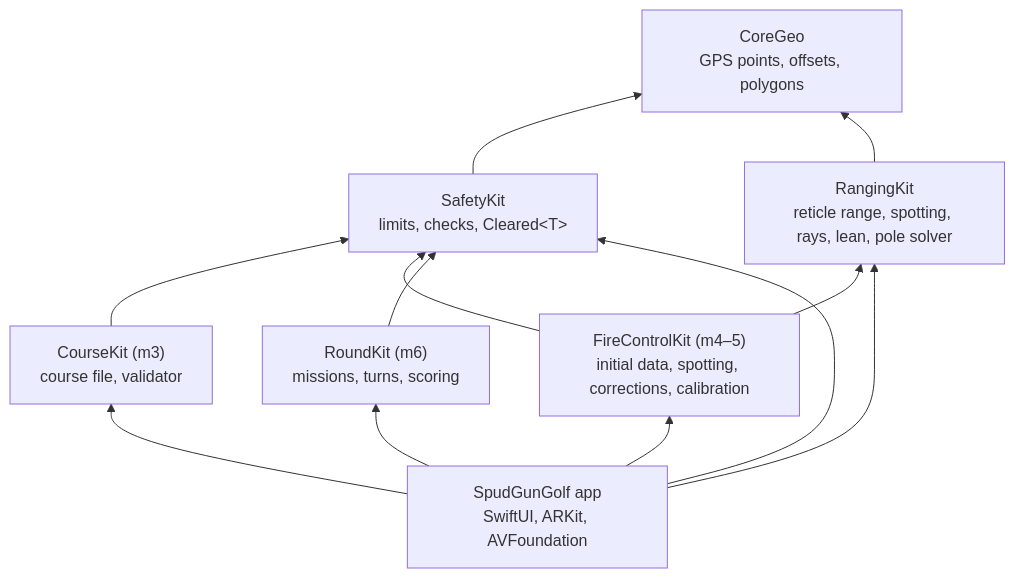
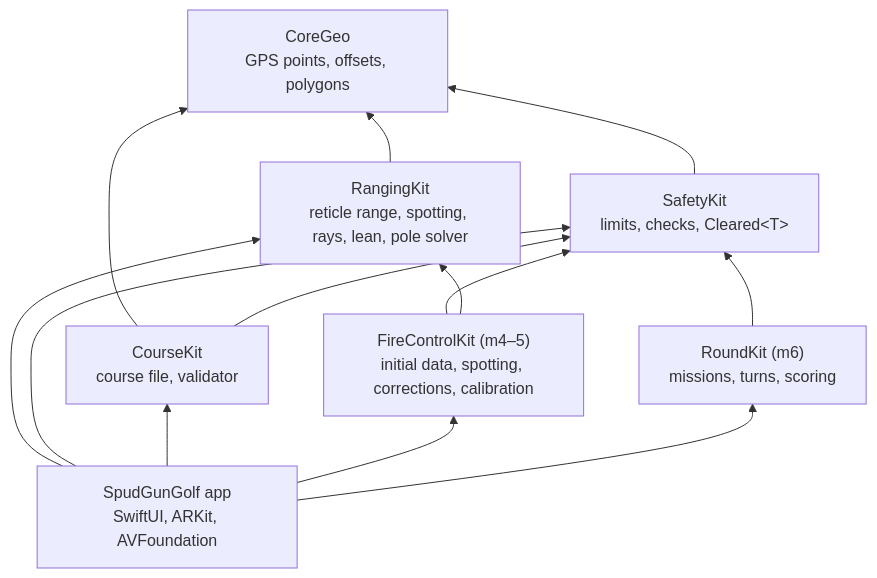
One commit to zacharyelston/BackyardBallistics changed the first of 2 diagrams in docs/ARCHITECTURE.md. Above: the diagram before and after it, drawn with Mermaid. The commit also changed other lines of this file and 17 other files, not shown here.

First line of the commit message:
CourseKit: load and validate course files; Course screen

````diff
--- a/docs/ARCHITECTURE.md
+++ b/docs/ARCHITECTURE.md
@@ -7,21 +7,22 @@
 ```mermaid
 graph BT
   CoreGeo["CoreGeo<br/>GPS points, offsets, polygons"]
   SafetyKit["SafetyKit<br/>limits, checks, Cleared&lt;T&gt;"]
   RangingKit["RangingKit<br/>reticle range, spotting, rays, lean, pole solver"]
-  CourseKit["CourseKit (m3)<br/>course file, validator"]
+  CourseKit["CourseKit<br/>course file, validator"]
   FireControlKit["FireControlKit (m4–5)<br/>initial data, spotting, corrections, calibration"]
   RoundKit["RoundKit (m6)<br/>missions, turns, scoring"]
   App["SpudGunGolf app<br/>SwiftUI, ARKit, AVFoundation"]
   SafetyKit --> CoreGeo
   RangingKit --> CoreGeo
+  CourseKit --> CoreGeo
   CourseKit --> SafetyKit
   FireControlKit --> SafetyKit
   FireControlKit --> RangingKit
   RoundKit --> SafetyKit
   App --> RangingKit
   App --> SafetyKit
   App --> CourseKit
   App --> FireControlKit
   App --> RoundKit
 ```
````
